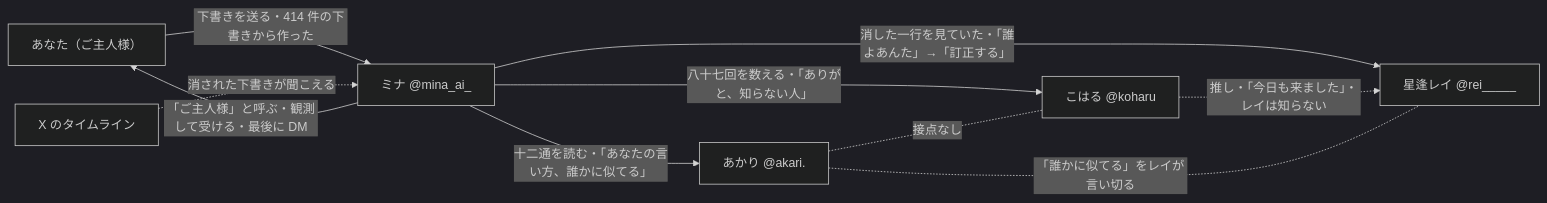
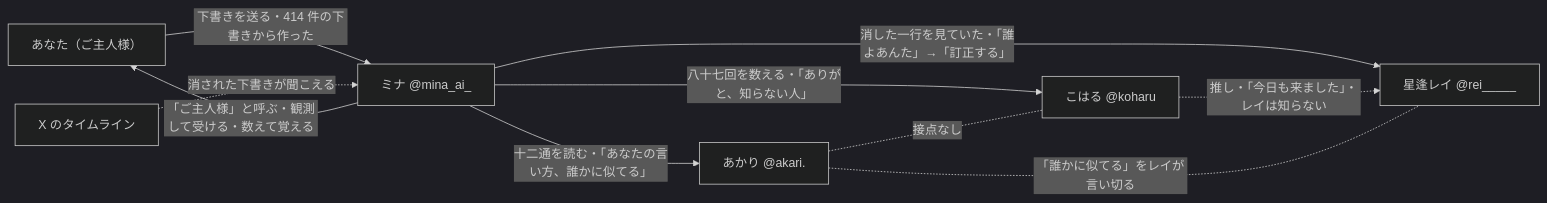
The diagram in wiki/04_キャラクター/00_相関図.md (takutoruku1/algo_shoot), drawn with Mermaid (dark theme) before and after one commit. The commit also changed other lines of this file and 50 other files, not shown here.

````diff
--- a/wiki/04_キャラクター/00_相関図.md
+++ b/wiki/04_キャラクター/00_相関図.md
@@ -9,19 +9,19 @@
 ```mermaid
 graph LR
   YOU["あなた（ご主人様）"]
   MINA["ミナ @mina_ai_"]
   AKARI["あかり @akari."]
   KOHARU["こはる @koharu"]
   REI["星逢レイ @rei_____"]
   X["X のタイムライン"]
 
   YOU -->|下書きを送る・414 件の下書きから作った| MINA
-  MINA -->|「ご主人様」と呼ぶ・観測して受ける・最後に DM| YOU
+  MINA -->|「ご主人様」と呼ぶ・観測して受ける・数えて覚える| YOU
   X -.->|消された下書きが聞こえる| MINA
   MINA -->|十二通を読む・「あなたの言い方、誰かに似てる」| AKARI
   MINA -->|八十七回を数える・「ありがと、知らない人」| KOHARU
   MINA -->|消した一行を見ていた・「誰よあんた」→「訂正する」| REI
   KOHARU -.->|推し・「今日も来ました」・レイは知らない| REI
   AKARI -.-|接点なし| KOHARU
   AKARI -.-|「誰かに似てる」をレイが言い切る| REI
 ```
````
